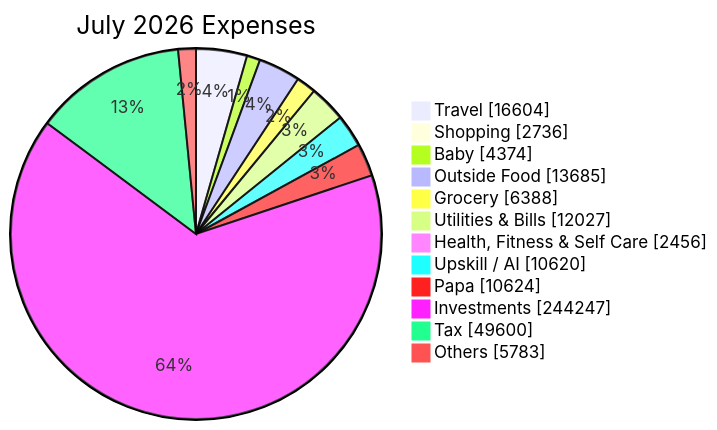
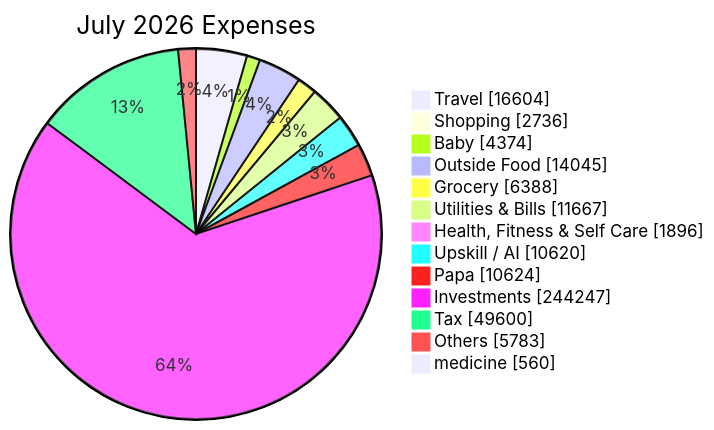
One commit to sachin-hg/expense-reporter changed the second of 2 diagrams in reports/2026-07.md. Above: the diagram before and after it, drawn with Mermaid. The commit also changed other lines of this file and 18 other files, not shown here.

````diff
--- a/reports/2026-07.md
+++ b/reports/2026-07.md
@@ -52,16 +52,17 @@
 ```mermaid
 pie showData
     title July 2026 Expenses
     "Travel" : 16604
     "Shopping" : 2736
     "Baby" : 4374
-    "Outside Food" : 13685
+    "Outside Food" : 14045
     "Grocery" : 6388
-    "Utilities & Bills" : 12027
-    "Health, Fitness & Self Care" : 2456
+    "Utilities & Bills" : 11667
+    "Health, Fitness & Self Care" : 1896
     "Upskill / AI" : 10620
     "Papa" : 10624
     "Investments" : 244247
     "Tax" : 49600
     "Others" : 5783
+    "medicine" : 560
 ```
````
